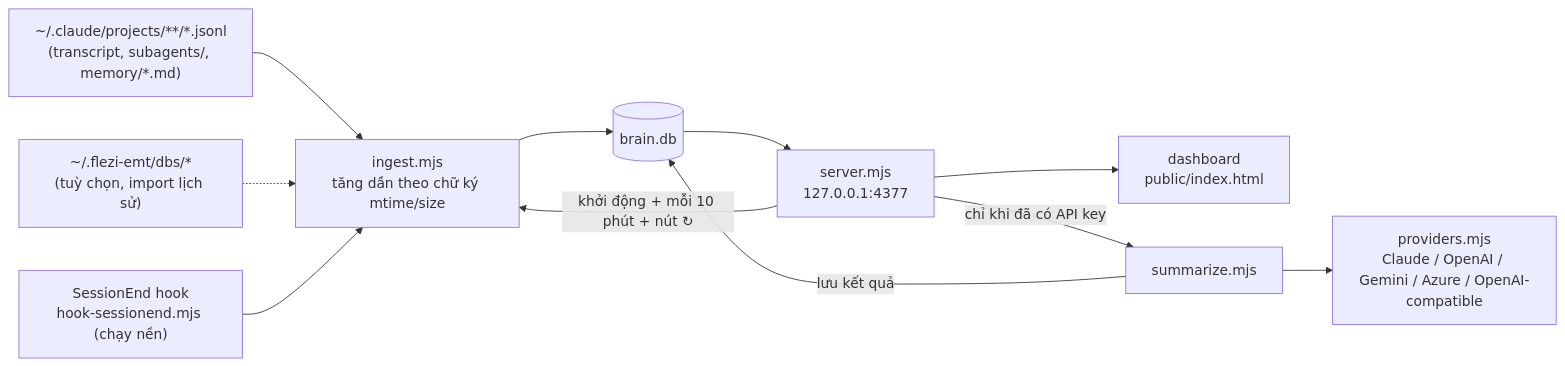
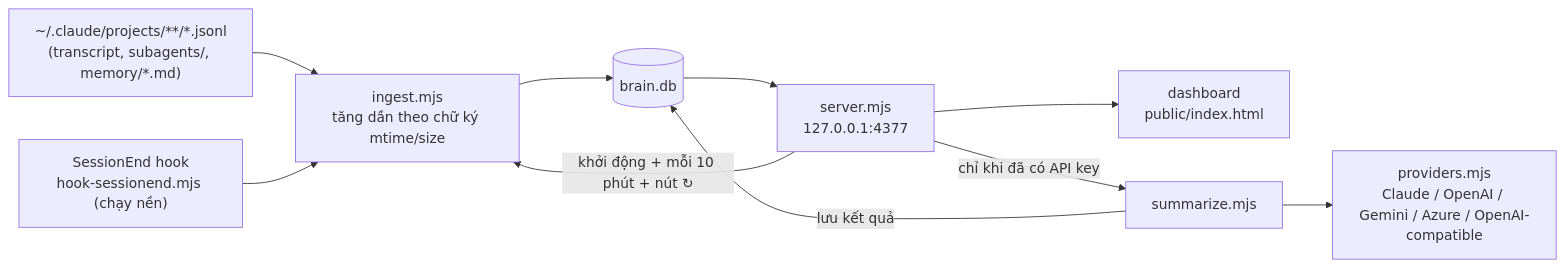
One commit to hienct-fpt/personal-brain changed the first of 4 diagrams in docs/PLAN.md. Above: the diagram before and after it, drawn with Mermaid. The commit also changed other lines of this file and 7 other files, not shown here.

First line of the commit message:
Remove flezi-EMT import feature

````diff
--- a/docs/PLAN.md
+++ b/docs/PLAN.md
@@ -36,13 +35,12 @@
 ```mermaid
 flowchart LR
   T["~/.claude/projects/**/*.jsonl<br/>(transcript, subagents/, memory/*.md)"] --> I
-  E["~/.flezi-emt/dbs/*<br/>(tuỳ chọn, import lịch sử)"] -.-> I
   H["SessionEnd hook<br/>hook-sessionend.mjs (chạy nền)"] --> I
   I["ingest.mjs<br/>tăng dần theo chữ ký mtime/size"] --> DB[("brain.db")]
   DB --> S["server.mjs<br/>127.0.0.1:4377"]
   S --> UI["dashboard<br/>public/index.html"]
   S -->|"khởi động + mỗi 10 phút + nút ↻"| I
   S -->|"chỉ khi đã có API key"| SM["summarize.mjs"]
   SM --> P["providers.mjs<br/>Claude / OpenAI / Gemini / Azure / OpenAI-compatible"]
   SM -->|"lưu kết quả"| DB
 ```
````
